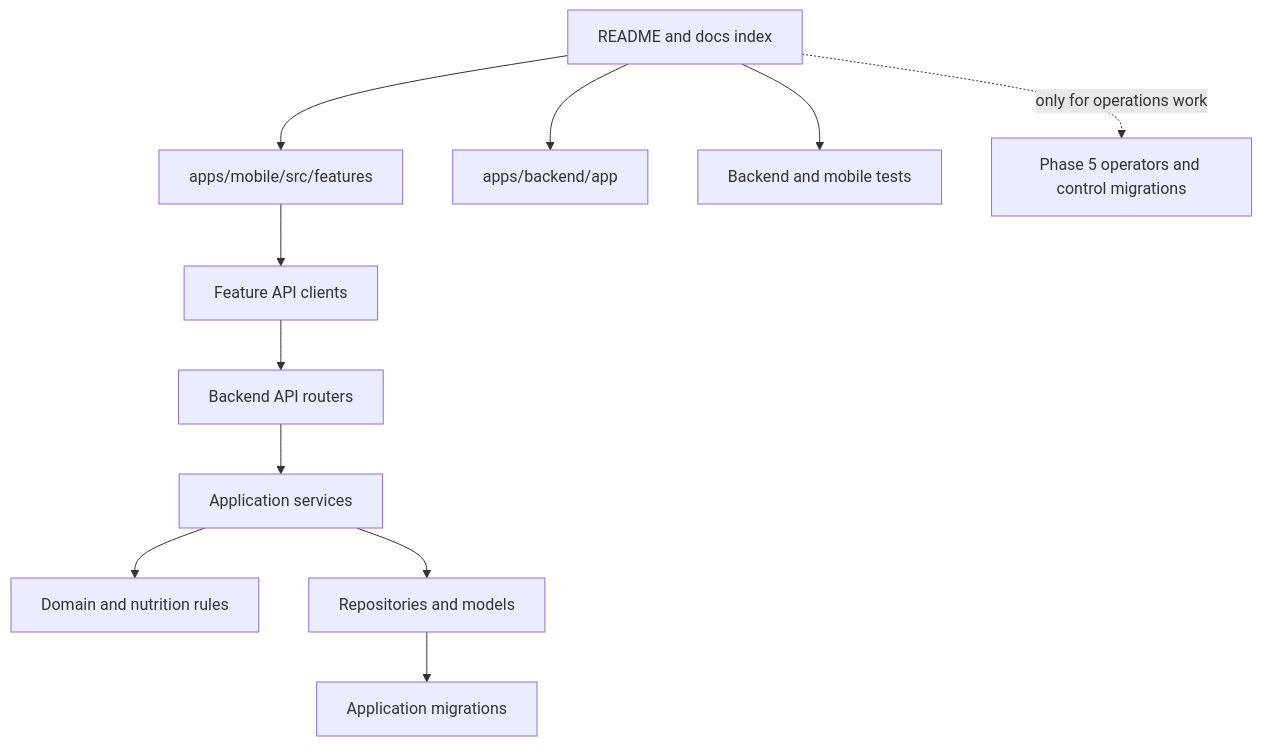
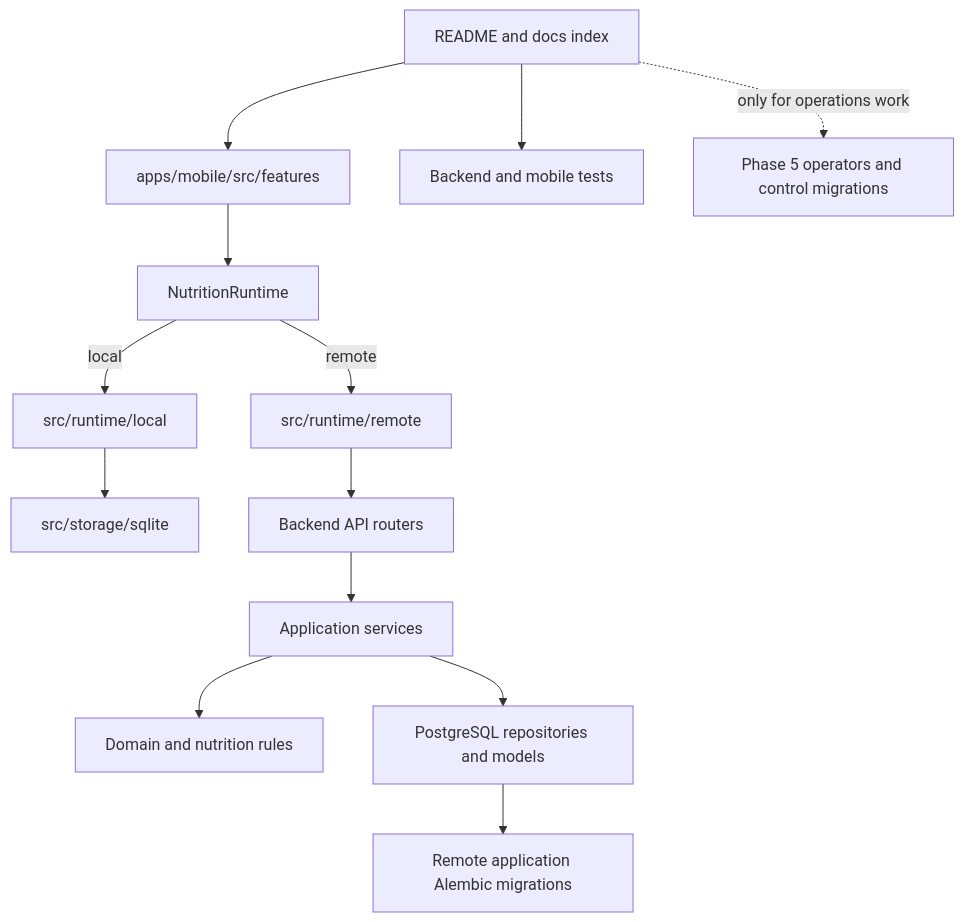
One commit to MitCaine/Nutrition-App changed the diagram in docs/project/repository-tour.md. Above: the diagram before and after it, drawn with Mermaid. The commit also changed other lines of this file and 13 other files, not shown here.

````diff
--- a/docs/project/repository-tour.md
+++ b/docs/project/repository-tour.md
@@ -10,13 +10,15 @@
 ```mermaid
 flowchart TD
     Root["README and docs index"] --> Mobile["apps/mobile/src/features"]
-    Root --> Backend["apps/backend/app"]
-    Mobile --> ApiClient["Feature API clients"]
-    ApiClient --> Routers["Backend API routers"]
+    Mobile --> Runtime["NutritionRuntime"]
+    Runtime -->|local| Local["src/runtime/local"]
+    Local --> SQLite["src/storage/sqlite"]
+    Runtime -->|remote| Remote["src/runtime/remote"]
+    Remote --> Routers["Backend API routers"]
     Routers --> Services["Application services"]
     Services --> Domain["Domain and nutrition rules"]
-    Services --> Repositories["Repositories and models"]
-    Repositories --> Migrations["Application migrations"]
+    Services --> Repositories["PostgreSQL repositories and models"]
+    Repositories --> Migrations["Remote application Alembic migrations"]
     Root --> Tests["Backend and mobile tests"]
     Root -.->|only for operations work| Operators["Phase 5 operators and control migrations"]
 ```
````
